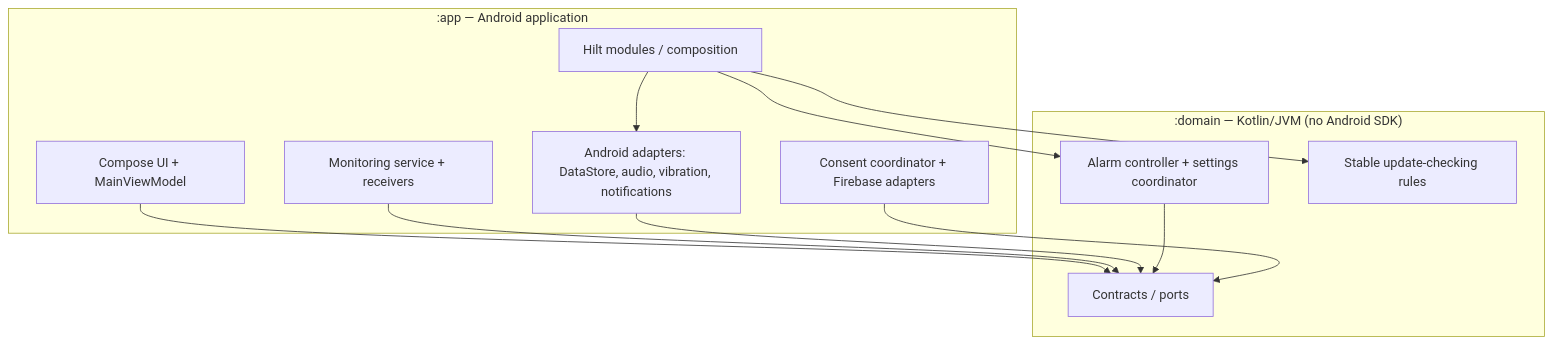
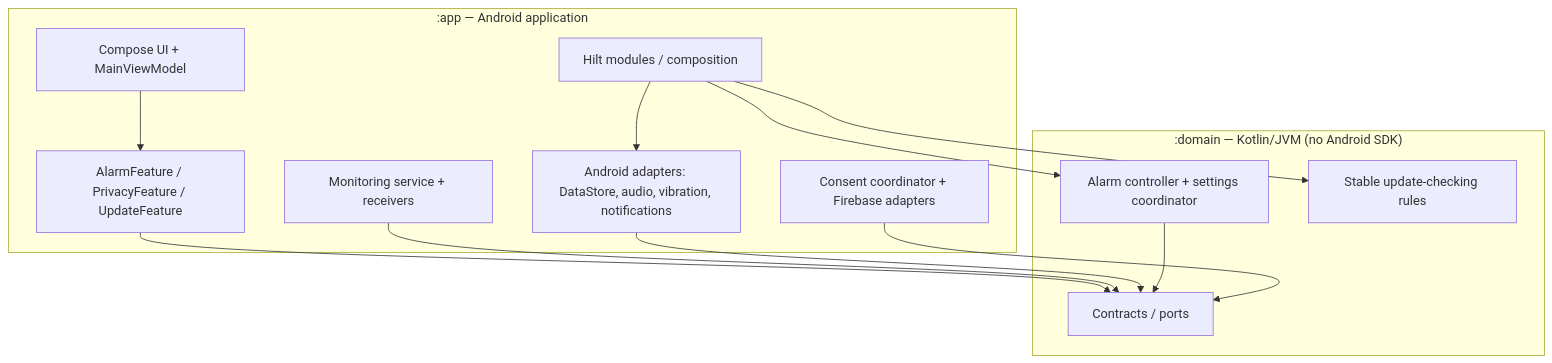
Before and after one commit to Kravet/BatteryAlarm: the diagram in README.md, drawn with Mermaid. The commit also changed other lines of this file, not shown here.

Commit message:
docs: update README for CI and presentation architecture

````diff
--- a/README.md
+++ b/README.md
@@ -28,23 +28,25 @@
 ```mermaid
 flowchart TB
     subgraph App[" :app — Android application"]
       UI["Compose UI + MainViewModel"]
+      Features["AlarmFeature / PrivacyFeature / UpdateFeature"]
       DI["Hilt modules / composition"]
       Adapters["Android adapters: DataStore, audio, vibration, notifications"]
       Runtime["Monitoring service + receivers"]
       Privacy["Consent coordinator + Firebase adapters"]
     end
     subgraph Domain[" :domain — Kotlin/JVM (no Android SDK)"]
       Contracts["Contracts / ports"]
       Logic["Alarm controller + settings coordinator"]
       Update["Stable update-checking rules"]
     end
-    UI --> Contracts
+    UI --> Features
+    Features --> Contracts
     Runtime --> Contracts
     DI --> Logic
     DI --> Adapters
     Adapters --> Contracts
     Logic --> Contracts
     DI --> Update
     Privacy --> Contracts
 ```
````
